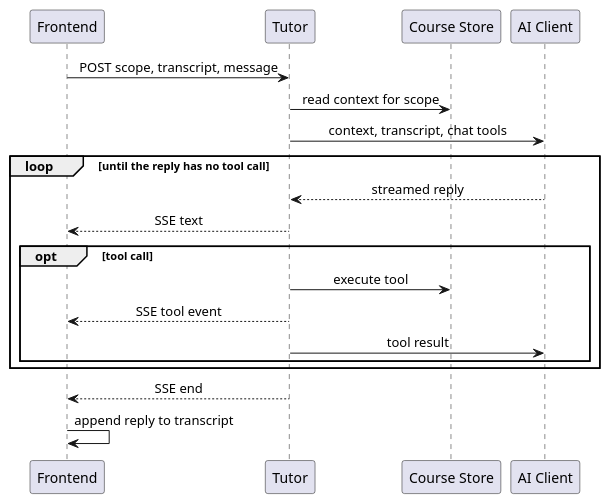
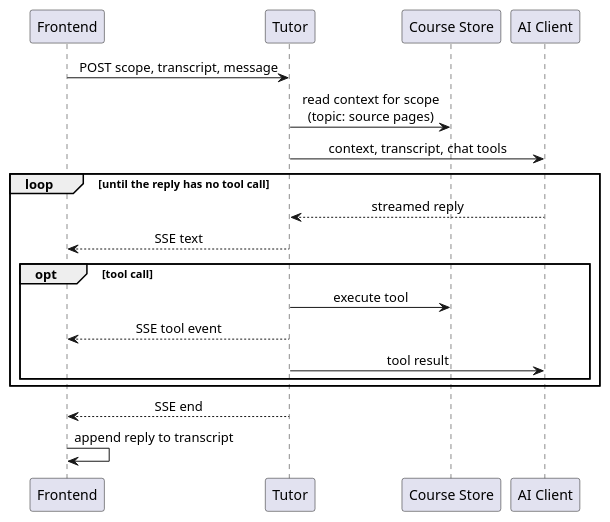
The diagram in docs/arc42/diagrams/runtime-chat-message.puml (leon-hrk/iknownothing), drawn with PlantUML before and after one commit. The commit also changed 29 other files, not shown here.

```diff
--- a/docs/arc42/diagrams/runtime-chat-message.puml
+++ b/docs/arc42/diagrams/runtime-chat-message.puml
@@ -1,26 +1,26 @@
 @startuml
 skinparam shadowing false
 skinparam defaultTextAlignment center
 
 participant "Frontend" as frontend
 participant "Tutor" as tutor
 participant "Course Store" as store
 participant "AI Client" as ai
 
 frontend -> tutor : POST scope, transcript, message
-tutor -> store : read context for scope
+tutor -> store : read context for scope\n(topic: source pages)
 tutor -> ai : context, transcript, chat tools
 
 loop until the reply has no tool call
   ai --> tutor : streamed reply
   tutor --> frontend : SSE text
   opt tool call
     tutor -> store : execute tool
     tutor --> frontend : SSE tool event
     tutor -> ai : tool result
   end
 end
 
 tutor --> frontend : SSE end
 frontend -> frontend : append reply to transcript
 @enduml
```
